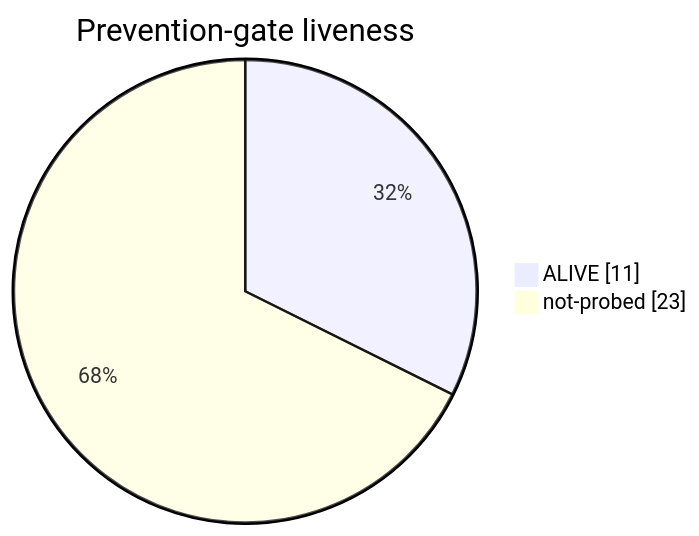
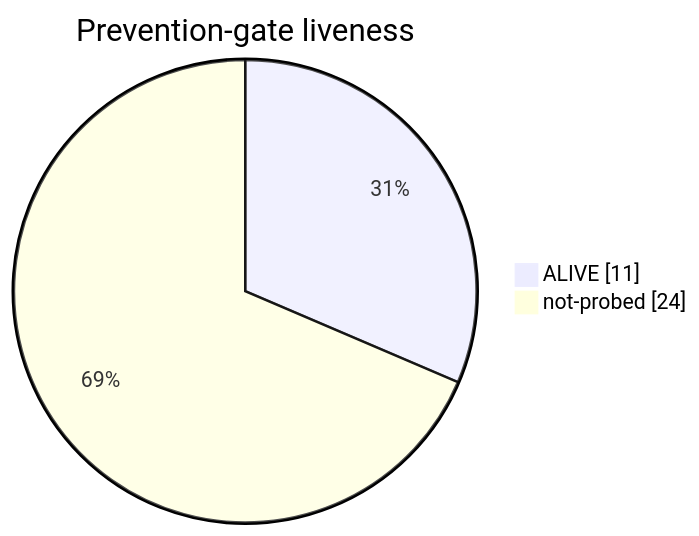
One commit to Yos-K/gatecrate changed the second of 4 diagrams in docs/harness-status.md. Above: the diagram before and after it, drawn with Mermaid. The commit also changed other lines of this file and 1 other file, not shown here.

````diff
--- a/docs/harness-status.md
+++ b/docs/harness-status.md
@@ -30,6 +30,6 @@
 ```mermaid
 pie showData
     title Prevention-gate liveness
     "ALIVE" : 11
-    "not-probed" : 23
+    "not-probed" : 24
 ```
````
